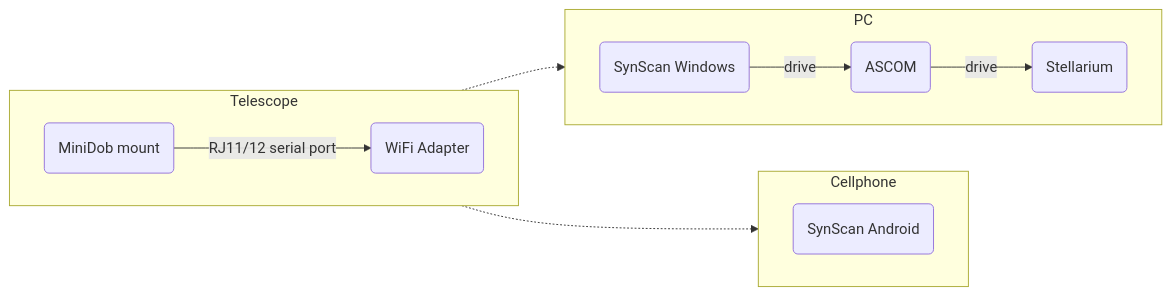
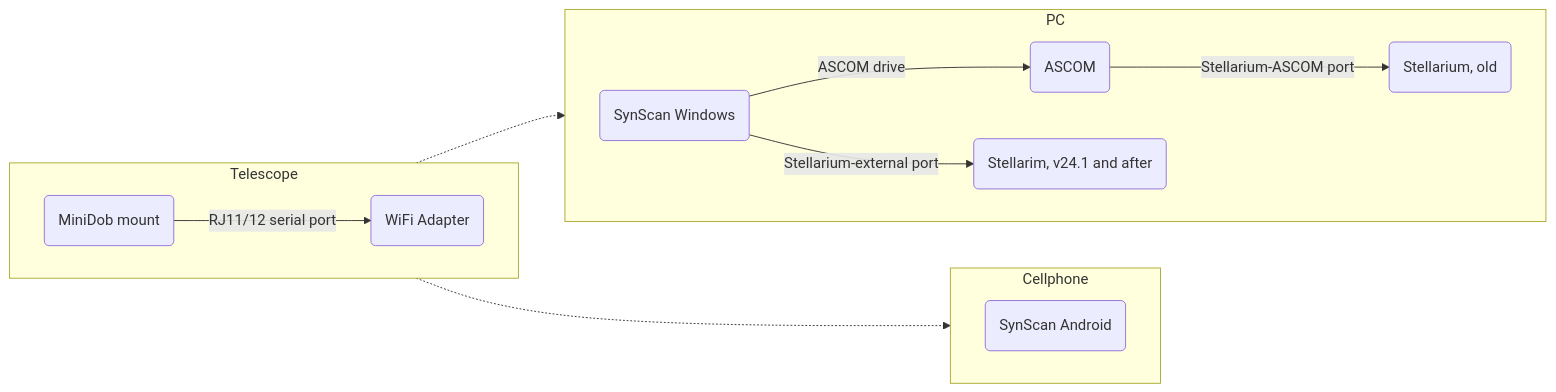
One commit to Spica-Vir/Spica-Vir.github.io changed the diagram in _posts/2022-01-15-Computerize the Skywatcher Virtuoso MiniDob Mount.md. Above: the diagram before and after it, drawn with Mermaid. The commit also changed other lines of this file and 1 other file, not shown here.

````diff
--- a/_posts/2022-01-15-Computerize the Skywatcher Virtuoso MiniDob Mount.md
+++ b/_posts/2022-01-15-Computerize the Skywatcher Virtuoso MiniDob Mount.md
@@ -27,17 +29,18 @@
 ``` mermaid
 flowchart LR
     subgraph Telescope
         direction LR
         A(MiniDob mount) -- RJ11/12 serial port --> B(WiFi Adapter)
     end
     subgraph Cellphone
         direction LR
-        B(WiFi Adapter) -.-> C(SynScan Android)
+        B -.-> C(SynScan Android)
     end
-    B(WiFi Adapter) -.-> D(SynScan Windows)
+    B -.-> D(SynScan Windows)
     subgraph PC
         direction LR
-        D(SynScan Windows) -- drive --> E(ASCOM)
-        E(ASCOM) -- drive --> F(Stellarium)
+        D -- ASCOM drive --> E(ASCOM)
+        E -- Stellarium-ASCOM port --> F(Stellarium, old)
+        D -- Stellarium-external port --> G(Stellarim, v24.1 and after)
     end
 ```
````
